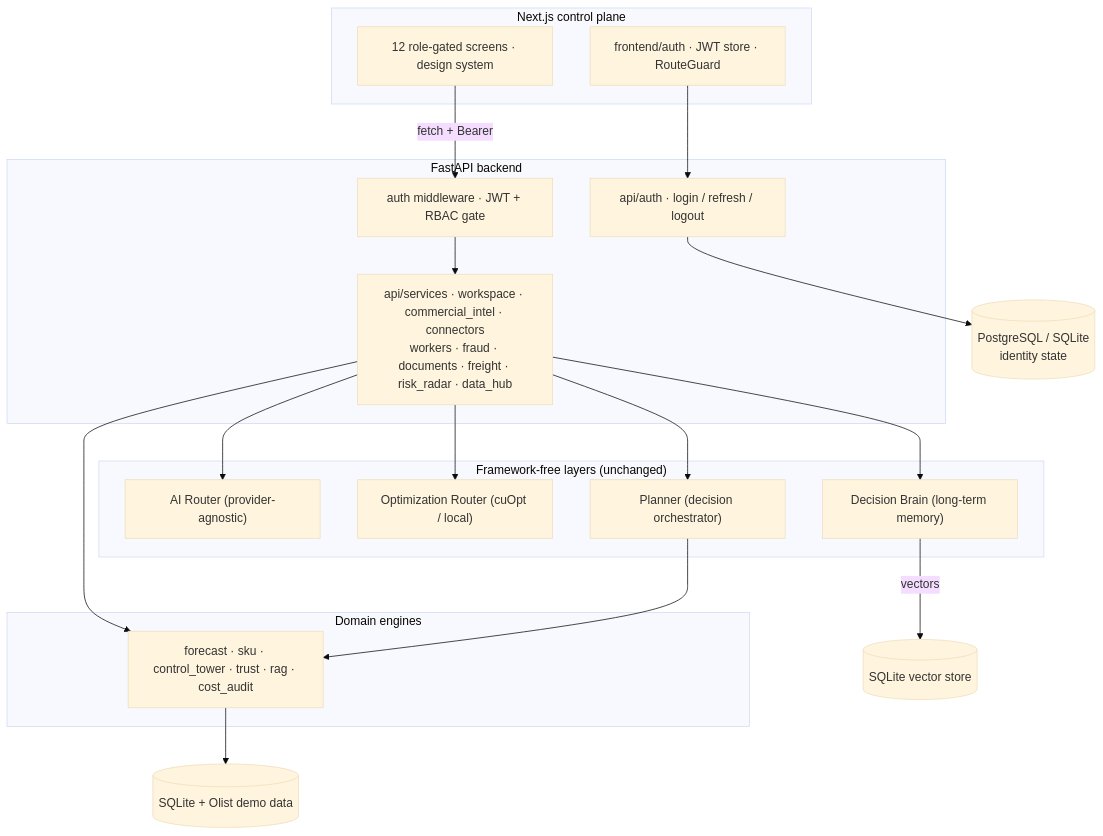
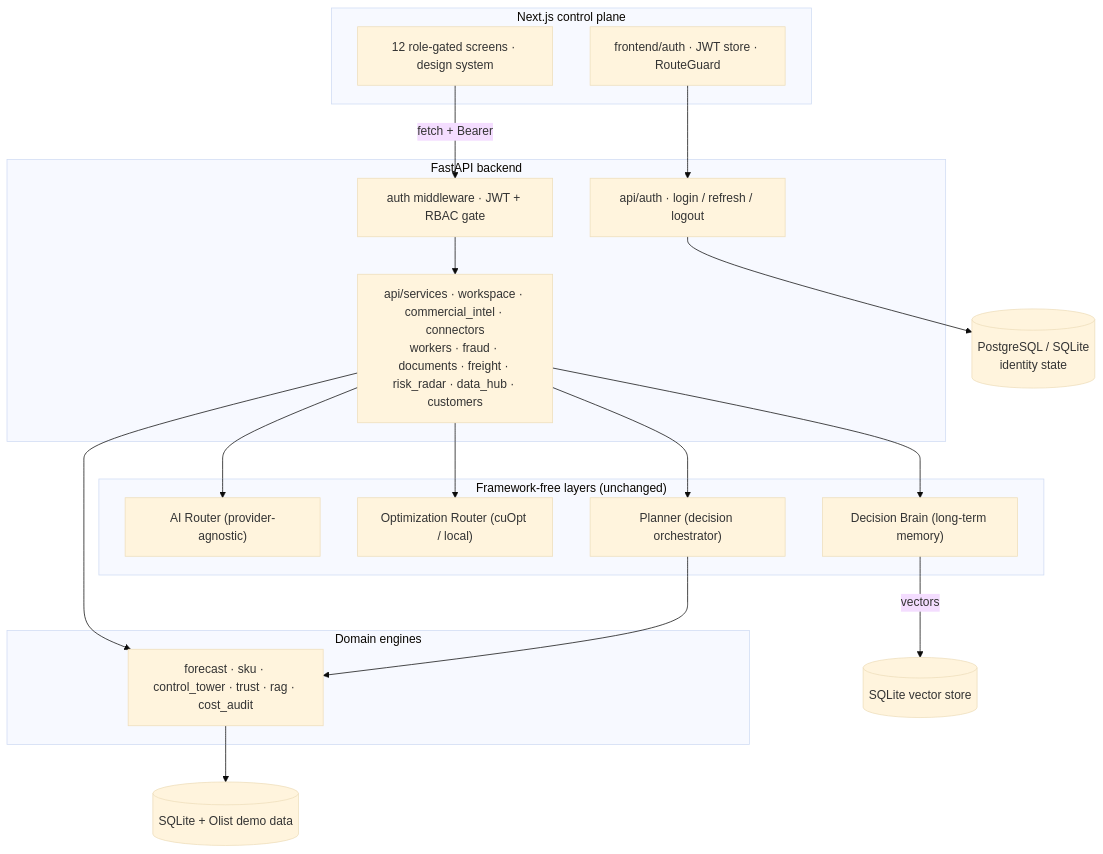
One commit to Kisharky/SupChainMate changed the first of 3 diagrams in README.md. Above: the diagram before and after it, drawn with Mermaid (base theme). The commit also changed other lines of this file, not shown here.

Commit message:
docs: note Customer 360 in architecture diagram and repo tree
Claude-Session: https://claude.ai/code/session_01FcZFiLSWXV6nXZRfZjFH21

````diff
--- a/README.md
+++ b/README.md
@@ -80,29 +80,29 @@
 ```mermaid
 flowchart TB
     subgraph Client["Next.js control plane"]
         UI["12 role-gated screens · design system"]
         AUTHFE["frontend/auth · JWT store · RouteGuard"]
     end
     subgraph API["FastAPI backend"]
         GATE["auth middleware · JWT + RBAC gate"]
         AUTH["api/auth · login / refresh / logout"]
-        SVC["api/services · workspace · commercial_intel · connectors<br/>workers · fraud · documents · freight · risk_radar · data_hub"]
+        SVC["api/services · workspace · commercial_intel · connectors<br/>workers · fraud · documents · freight · risk_radar · data_hub · customers"]
     end
     subgraph Intelligence["Framework-free layers (unchanged)"]
         AIR["AI Router (provider-agnostic)"]
         OPT["Optimization Router (cuOpt / local)"]
         PLN["Planner (decision orchestrator)"]
         BRN["Decision Brain (long-term memory)"]
     end
     subgraph Domain["Domain engines"]
         ENG["forecast · sku · control_tower · trust · rag · cost_audit"]
     end
     UI -->|"fetch + Bearer"| GATE
     AUTHFE --> AUTH
     GATE --> SVC --> ENG
     SVC --> AIR & OPT & PLN & BRN
     PLN --> ENG
     BRN -->|vectors| STORE[("SQLite vector store")]
     AUTH --> IDDB[("PostgreSQL / SQLite<br/>identity state")]
     ENG --> DEMO[("SQLite + Olist demo data")]
 ```
````
